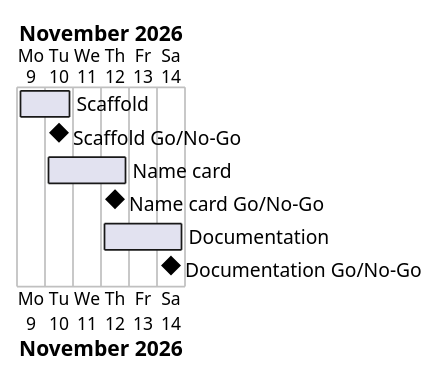
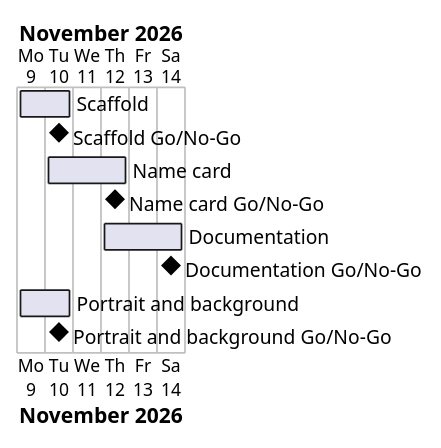
Before and after one commit to Tirsvad-Udemy-100-days-of-code/056-name-card: the diagram in docs/project-plan.md, drawn with PlantUML. The commit also changed other lines of this file and 4 other files, not shown here.

Commit message:
Plan MIL-004: centred portrait and software development, AI and ML background

````diff
--- a/docs/project-plan.md
+++ b/docs/project-plan.md
@@ -37,11 +39,13 @@
 ```plantuml
 @startgantt
 Project starts 2026-11-09
 [Scaffold] starts 2026-11-09 and ends 2026-11-10
 [Scaffold Go/No-Go] happens 2026-11-10
 [Name card] starts 2026-11-10 and ends 2026-11-12
 [Name card Go/No-Go] happens 2026-11-12
 [Documentation] starts 2026-11-12 and ends 2026-11-14
 [Documentation Go/No-Go] happens 2026-11-14
+[Portrait and background] starts 2026-11-09 and ends 2026-11-10
+[Portrait and background Go/No-Go] happens 2026-11-10
 @endgantt
 ```
````
